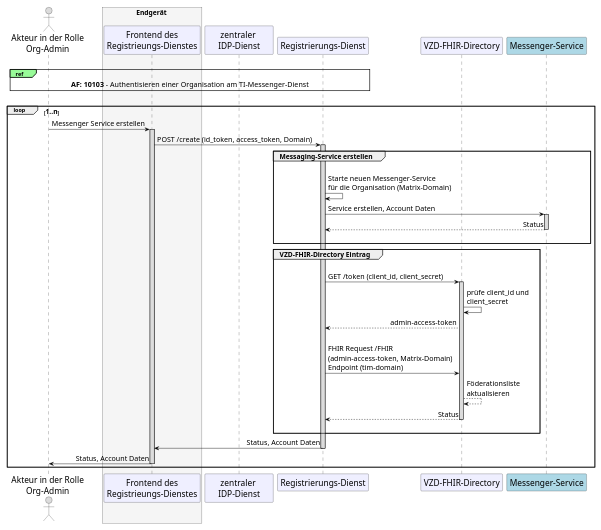
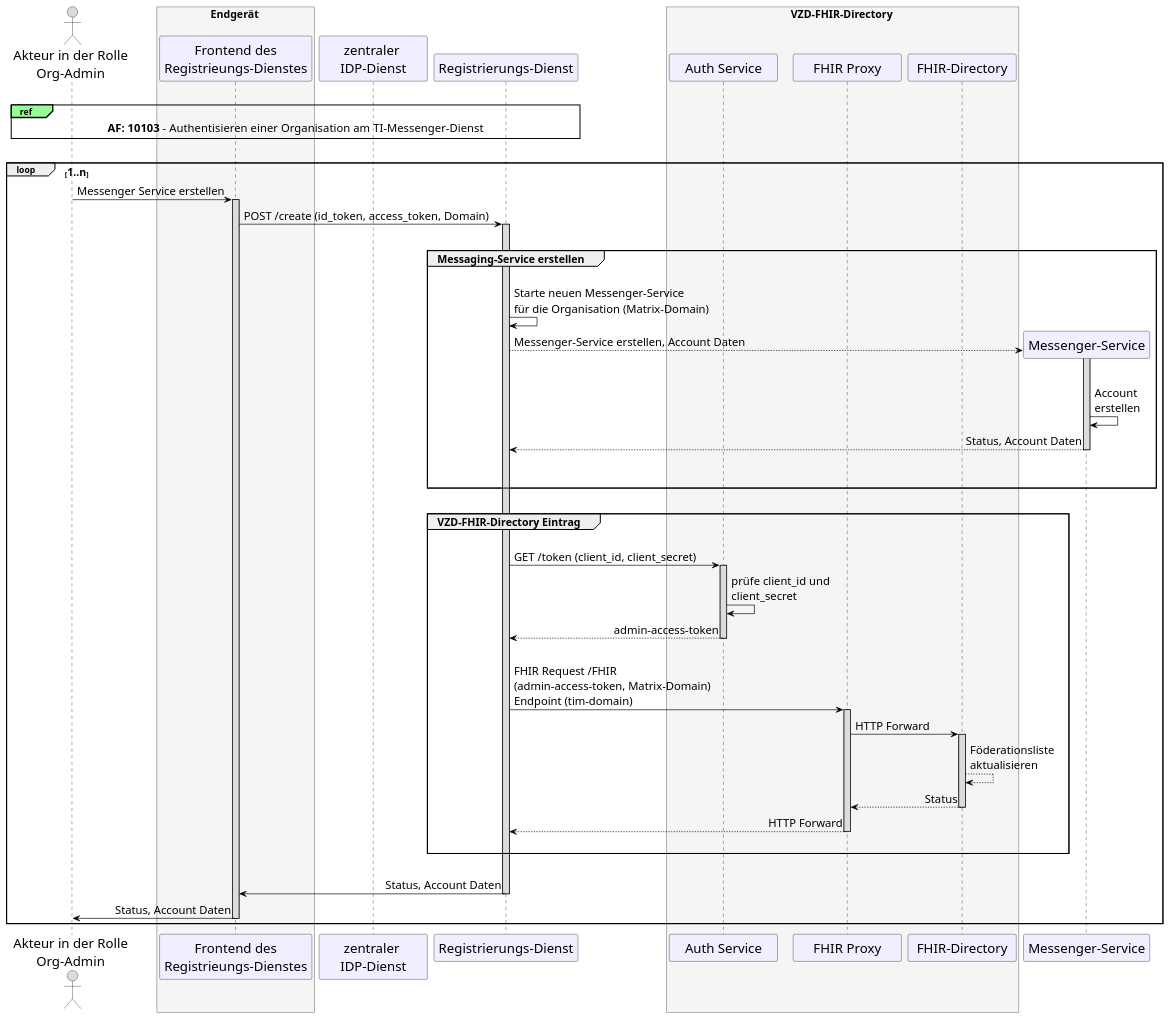
One commit to gematik/api-ti-messenger changed the diagram in src/plantuml/TI-Messenger-Dienst/Ressourcen/UC_10060_Seq.puml. Above: the diagram before and after it, drawn with PlantUML.

```diff
--- a/src/plantuml/TI-Messenger-Dienst/Ressourcen/UC_10060_Seq.puml
+++ b/src/plantuml/TI-Messenger-Dienst/Ressourcen/UC_10060_Seq.puml
@@ -9,78 +9,96 @@
 @startuml
 skinparam sequenceMessageAlign direction
 skinparam WrapWidth 300
 skinparam minClassWidth 150
 skinparam BoxPadding 1
 skinparam sequenceReferenceHeaderBackgroundColor palegreen
-scale max 900 width
+scale max 2048 width
 
 skinparam sequence {
 ArrowColor black
 ArrowFontSize 17
 ActorBorderColor black
 LifeLineBorderColor black
 LifeLineBackgroundColor Gainsboro
 
 ParticipantBorderColor Motivation
 ParticipantBackgroundColor Motivation
 ParticipantFontName Impact
 ParticipantFontSize 20
 ParticipantFontColor black
 ParticipantBorderColor Black
 ParticipantBackgroundColor MOTIVATION
 
 ActorBackgroundColor Gainsboro
 ActorFontColor black
 ActorFontSize 20
 ActorFontName Aapex
 }
     actor U as "Akteur in der Rolle\nOrg-Admin"
-      box <size:16>Endgerät</size> #WhiteSmoke
-        participant C as "Frontend des\nRegistrieungs-Dienstes"
-      end box
+    box <size:16>Endgerät</size> #WhiteSmoke
+      participant C as "Frontend des\nRegistrieungs-Dienstes"
+    end box
     participant I as "zentraler \nIDP-Dienst"
     participant R as "Registrierungs-Dienst"
-    participant VZD as "VZD-FHIR-Directory"
-    participant MS as "Messenger-Service" #LightBlue
+    box <size:16>VZD-FHIR-Directory</size> #WhiteSmoke
+    participant Auth as "Auth Service"
+    participant FP as "FHIR Proxy"
+    participant VZD as "FHIR-Directory"
+    end box
 
 |||
 ref over U, R: <size:17>**AF: 10103** - Authentisieren einer Organisation  am TI-Messenger-Dienst</size> 
 |||
 
 loop <size:16>1..n</size>
   U->C: Messenger Service erstellen
   Activate C
   C->R: POST /create (id_token, access_token, Domain)
     Activate R
     
+    |||
     group <size:16>Messaging-Service erstellen</size>
     |||
       R->R: Starte neuen Messenger-Service \nfür die Organisation (Matrix-Domain)
-      R->MS: Service erstellen, Account Daten
-        Activate MS
-      MS-->R: Status
-        Deactivate MS
+        create "Messenger-Service"
+          R-->"Messenger-Service" : Messenger-Service erstellen, Account Daten
+        Activate "Messenger-Service"
+      |||
+      "Messenger-Service"->"Messenger-Service": Account \nerstellen
+      "Messenger-Service"-->R: Status, Account Daten
+      |||
+        Deactivate "Messenger-Service"
     |||
     end
     
+    |||
+    
     group <size:16>VZD-FHIR-Directory Eintrag</size>
     |||
-      R->VZD: GET /token (client_id, client_secret)
+      R->Auth: GET /token (client_id, client_secret)
+        Activate Auth
+      Auth->Auth: prüfe client_id und \nclient_secret
+      Auth-->R: admin-access-token
+        Deactivate Auth
+      |||
+      R->FP: FHIR Request /FHIR \n(admin-access-token, Matrix-Domain)\nEndpoint (tim-domain)
+        Activate FP
+      FP->VZD: HTTP Forward
         Activate VZD
-      VZD->VZD: prüfe client_id und \nclient_secret
-      VZD-->R: admin-access-token
-      |||
-      R->VZD: FHIR Request /FHIR \n(admin-access-token, Matrix-Domain)\nEndpoint (tim-domain)
       VZD-->VZD: Föderationsliste\naktualisieren
-      VZD-->R: Status
+      VZD-->FP: Status
         Deactivate VZD
+      FP-->R: HTTP Forward
+        Deactivate FP
+
     |||
     end
 
+  |||
   R->C: Status, Account Daten
     Deactivate R
   C->U: Status, Account Daten
     Deactivate C
 end
 
 @enduml
```
